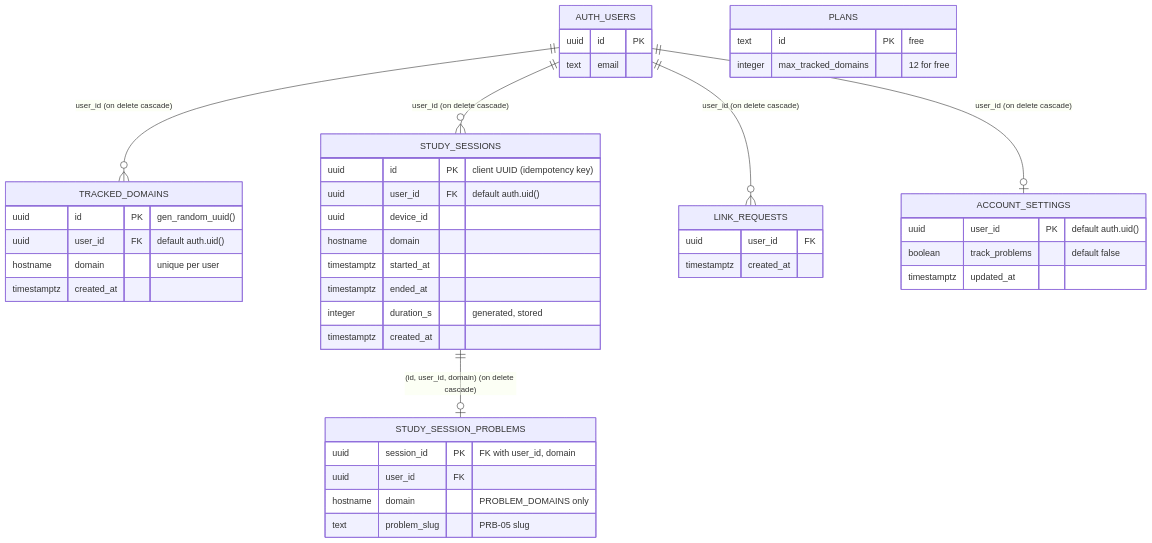
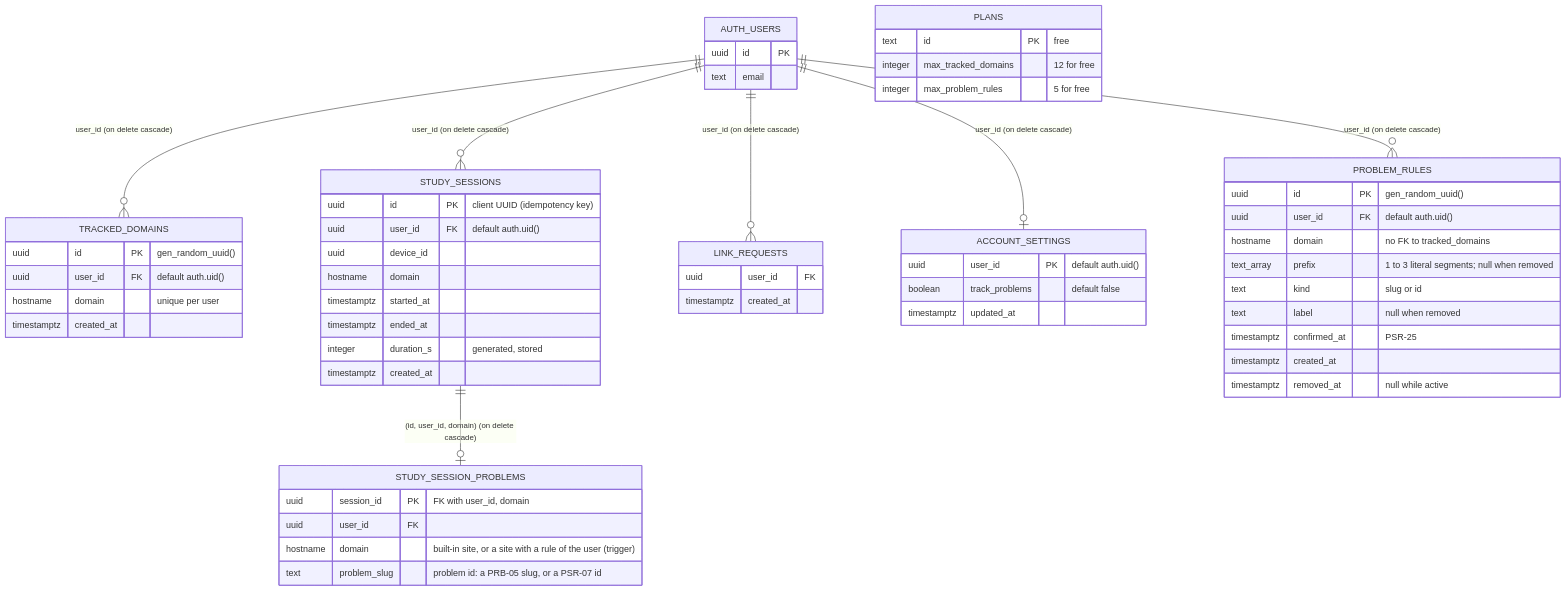
The diagram in docs/architecture/database.md (vbenedito/careeros), drawn with Mermaid before and after one commit. The commit also changed other lines of this file and 16 other files, not shown here.

First line of the commit message:
feat(db): problem rules table, ingest by rule, trigger (PS-a) (#285) (#289)

````diff
--- a/docs/architecture/database.md
+++ b/docs/architecture/database.md
@@ -9,48 +9,61 @@
 ```mermaid
 erDiagram
   AUTH_USERS ||--o{ TRACKED_DOMAINS : "user_id (on delete cascade)"
   AUTH_USERS ||--o{ STUDY_SESSIONS : "user_id (on delete cascade)"
   AUTH_USERS ||--o{ LINK_REQUESTS : "user_id (on delete cascade)"
   AUTH_USERS ||--o| ACCOUNT_SETTINGS : "user_id (on delete cascade)"
+  AUTH_USERS ||--o{ PROBLEM_RULES : "user_id (on delete cascade)"
   STUDY_SESSIONS ||--o| STUDY_SESSION_PROBLEMS : "(id, user_id, domain) (on delete cascade)"
 
   AUTH_USERS {
     uuid id PK
     text email
   }
   TRACKED_DOMAINS {
     uuid id PK "gen_random_uuid()"
     uuid user_id FK "default auth.uid()"
     hostname domain "unique per user"
     timestamptz created_at
   }
   STUDY_SESSIONS {
     uuid id PK "client UUID (idempotency key)"
     uuid user_id FK "default auth.uid()"
     uuid device_id
     hostname domain
     timestamptz started_at
     timestamptz ended_at
     integer duration_s "generated, stored"
     timestamptz created_at
   }
   LINK_REQUESTS {
     uuid user_id FK
     timestamptz created_at
   }
   ACCOUNT_SETTINGS {
     uuid user_id PK "default auth.uid()"
     boolean track_problems "default false"
     timestamptz updated_at
   }
   STUDY_SESSION_PROBLEMS {
     uuid session_id PK "FK with user_id, domain"
     uuid user_id FK
-    hostname domain "PROBLEM_DOMAINS only"
-    text problem_slug "PRB-05 slug"
+    hostname domain "built-in site, or a site with a rule of the user (trigger)"
+    text problem_slug "problem id: a PRB-05 slug, or a PSR-07 id"
+  }
+  PROBLEM_RULES {
+    uuid id PK "gen_random_uuid()"
+    uuid user_id FK "default auth.uid()"
+    hostname domain "no FK to tracked_domains"
+    text_array prefix "1 to 3 literal segments; null when removed"
+    text kind "slug or id"
+    text label "null when removed"
+    timestamptz confirmed_at "PSR-25"
+    timestamptz created_at
+    timestamptz removed_at "null while active"
   }
   PLANS {
     text id PK "free"
     integer max_tracked_domains "12 for free"
+    integer max_problem_rules "5 for free"
   }
 ```
````
